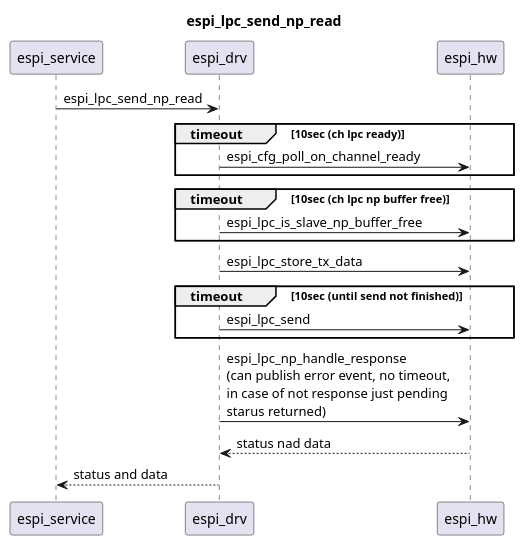
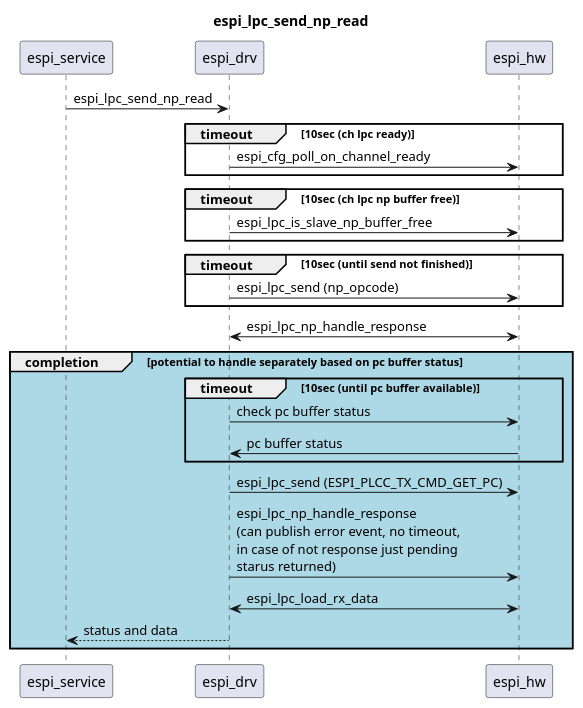
Before and after one commit to lgolawsk/plant: the third of 5 diagrams in espi_async.wsd, drawn with PlantUML. The commit also changed other lines of this file, not shown here.

```diff
--- a/espi_async.wsd
+++ b/espi_async.wsd
@@ -45,21 +45,29 @@
 @startuml espi_lpc_send_np_read
 title espi_lpc_send_np_read
 participant espi_service as es
 participant espi_drv as ed
 participant espi_hw as eh
 
 es -> ed : espi_lpc_send_np_read
 group timeout [10sec (ch lpc ready)]
 ed -> eh : espi_cfg_poll_on_channel_ready
 end
 group timeout [10sec (ch lpc np buffer free)]
 ed ->eh : espi_lpc_is_slave_np_buffer_free
 end
-ed ->eh : espi_lpc_store_tx_data
+'ed ->eh : espi_lpc_store_tx_data
 group timeout [10sec (until send not finished)]
-ed ->eh : espi_lpc_send
+ed ->eh : espi_lpc_send (np_opcode)
 end
-ed ->eh : espi_lpc_np_handle_response \n(can publish error event, no timeout, \nin case of not response just pending \nstarus returned)
-ed <-- eh : status nad data
+ed <-> eh : espi_lpc_np_handle_response
+group #LightBlue completion [potential to handle separately based on pc buffer status]
+group timeout [10sec (until pc buffer available)]
+ed -> eh : check pc buffer status
+ed <- eh :pc buffer status
+end
+ed -> eh : espi_lpc_send (ESPI_PLCC_TX_CMD_GET_PC)
+ed -> eh : espi_lpc_np_handle_response \n(can publish error event, no timeout, \nin case of not response just pending \nstarus returned)
+ed <-> eh : espi_lpc_load_rx_data
 es <-- ed : status and data
+end
 @enduml
```
